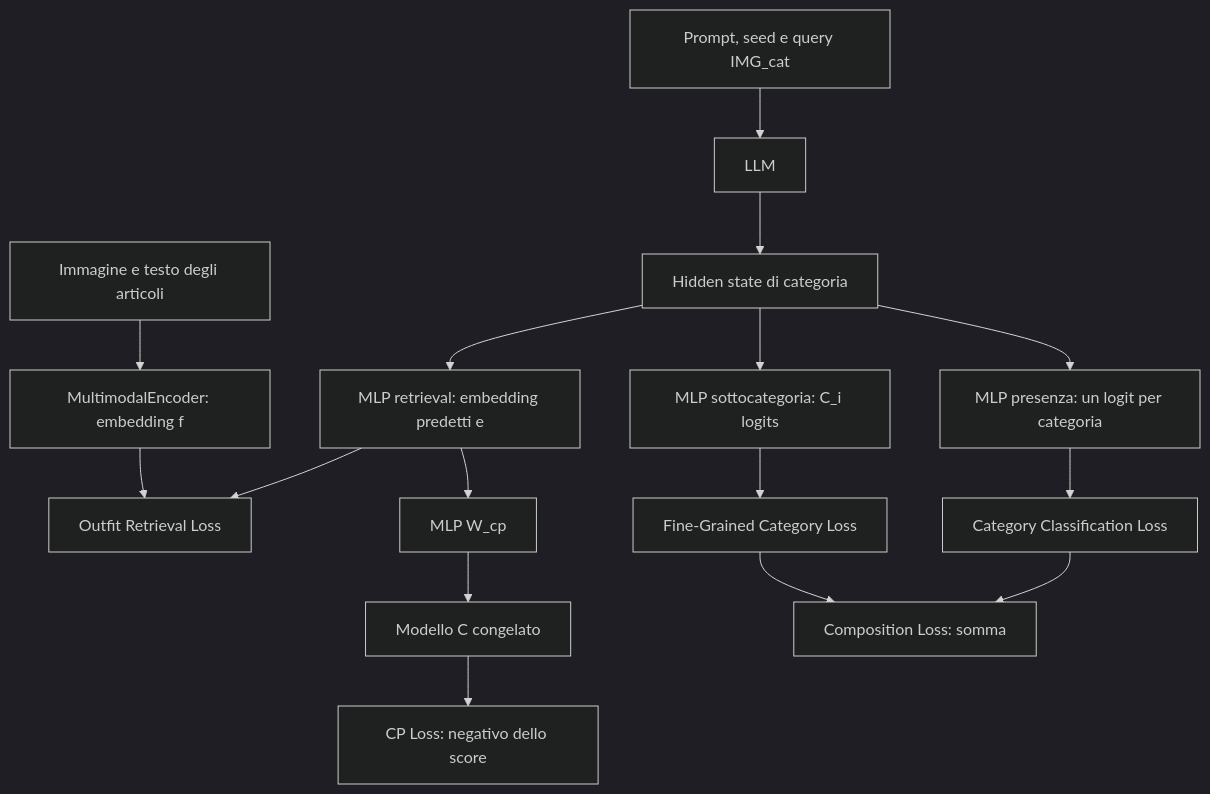
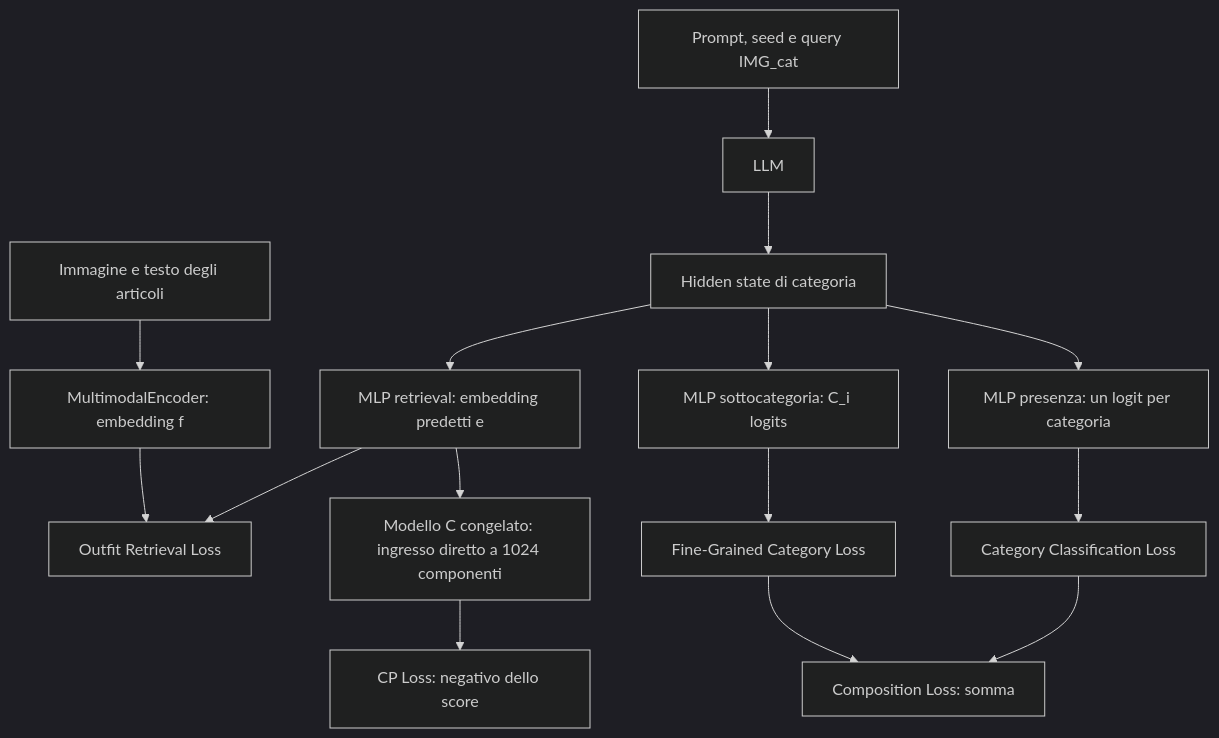
Before and after one commit to FlorindoDev/Text2Outfit: the diagram in model/losses/README.md, drawn with Mermaid (dark theme). The commit also changed other lines of this file and 28 other files, not shown here.

````diff
--- a/model/losses/README.md
+++ b/model/losses/README.md
@@ -39,18 +39,17 @@
 ```mermaid
 flowchart TD
     INPUT["Prompt, seed e query IMG_cat"] --> LLM["LLM"]
     LLM --> H["Hidden state di categoria"]
     H --> RET["MLP retrieval: embedding predetti e"]
     ITEM["Immagine e testo degli articoli"] --> ENCODER["MultimodalEncoder: embedding f"]
     RET --> RL["Outfit Retrieval Loss"]
     ENCODER --> RL
-    RET --> PROJ["MLP W_cp"]
-    PROJ --> C["Modello C congelato"]
+    RET --> C["Modello C congelato: ingresso diretto a 1024 componenti"]
     C --> CP["CP Loss: negativo dello score"]
     H --> HC["MLP presenza: un logit per categoria"]
     H --> FG["MLP sottocategoria: C_i logits"]
     HC --> HCL["Category Classification Loss"]
     FG --> FGL["Fine-Grained Category Loss"]
     HCL --> COMP["Composition Loss: somma"]
     FGL --> COMP
 ```
````
